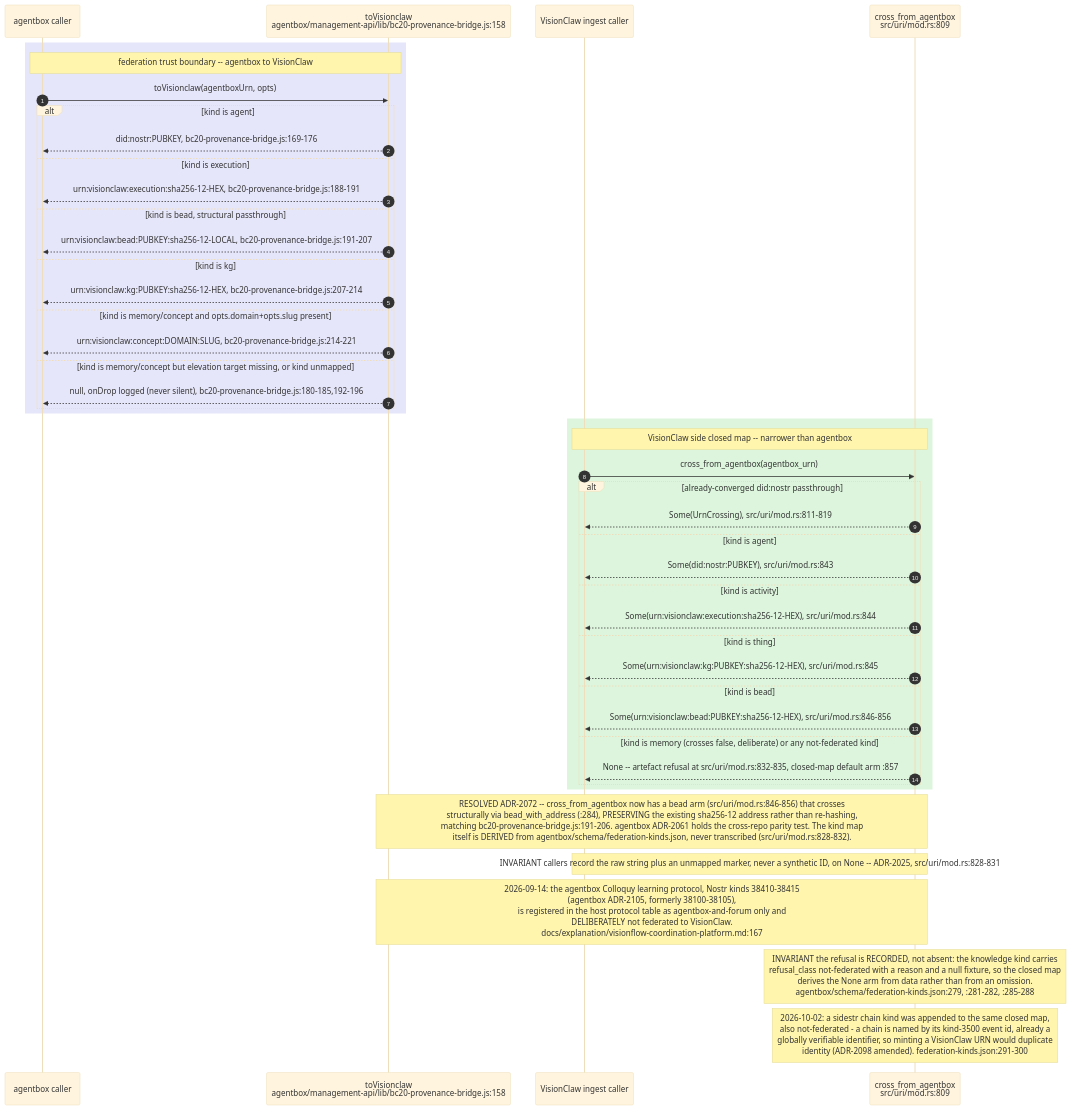
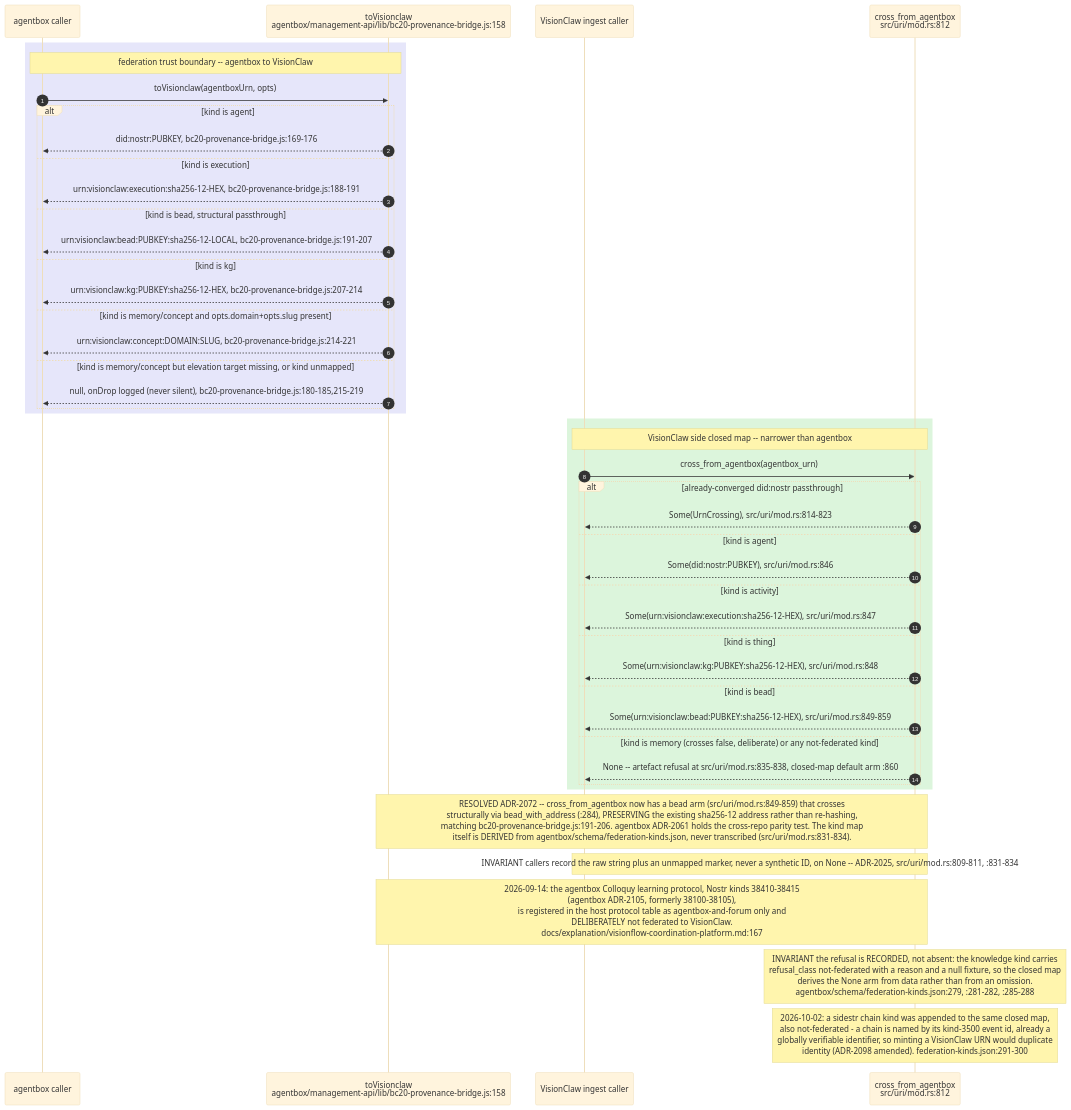
The sixth of 10 diagrams in docs/diagrams/visionclaw/23-identifiers-urn-did-sha12.md (DreamLab-AI/VisionFlow), drawn with Mermaid (base theme) before and after one commit. The commit also changed other lines of this file and 173 other files, not shown here.

````diff
--- a/docs/diagrams/visionclaw/23-identifiers-urn-did-sha12.md
+++ b/docs/diagrams/visionclaw/23-identifiers-urn-did-sha12.md
@@ -231,47 +232,47 @@
 ```mermaid
 sequenceDiagram
     autonumber
     participant CallerAB as agentbox caller
     participant JS as toVisionclaw<br/>agentbox/management-api/lib/bc20-provenance-bridge.js:158
     participant CallerVC as VisionClaw ingest caller
-    participant RS as cross_from_agentbox<br/>src/uri/mod.rs:809
+    participant RS as cross_from_agentbox<br/>src/uri/mod.rs:812
     rect rgb(230,230,250)
     Note over CallerAB,JS: federation trust boundary -- agentbox to VisionClaw
     CallerAB->>JS: toVisionclaw(agentboxUrn, opts)
     alt kind is agent
         JS-->>CallerAB: did:nostr:PUBKEY, bc20-provenance-bridge.js:169-176
     else kind is execution
         JS-->>CallerAB: urn:visionclaw:execution:sha256-12-HEX, bc20-provenance-bridge.js:188-191
     else kind is bead, structural passthrough
         JS-->>CallerAB: urn:visionclaw:bead:PUBKEY:sha256-12-LOCAL, bc20-provenance-bridge.js:191-207
     else kind is kg
         JS-->>CallerAB: urn:visionclaw:kg:PUBKEY:sha256-12-HEX, bc20-provenance-bridge.js:207-214
     else kind is memory/concept and opts.domain+opts.slug present
         JS-->>CallerAB: urn:visionclaw:concept:DOMAIN:SLUG, bc20-provenance-bridge.js:214-221
     else kind is memory/concept but elevation target missing, or kind unmapped
-        JS-->>CallerAB: null, onDrop logged (never silent), bc20-provenance-bridge.js:180-185,192-196
+        JS-->>CallerAB: null, onDrop logged (never silent), bc20-provenance-bridge.js:180-185,215-219
     end
     end
     rect rgb(220,245,220)
     Note over CallerVC,RS: VisionClaw side closed map -- narrower than agentbox
     CallerVC->>RS: cross_from_agentbox(agentbox_urn)
     alt already-converged did:nostr passthrough
-        RS-->>CallerVC: Some(UrnCrossing), src/uri/mod.rs:811-819
+        RS-->>CallerVC: Some(UrnCrossing), src/uri/mod.rs:814-823
     else kind is agent
-        RS-->>CallerVC: Some(did:nostr:PUBKEY), src/uri/mod.rs:843
+        RS-->>CallerVC: Some(did:nostr:PUBKEY), src/uri/mod.rs:846
     else kind is activity
-        RS-->>CallerVC: Some(urn:visionclaw:execution:sha256-12-HEX), src/uri/mod.rs:844
+        RS-->>CallerVC: Some(urn:visionclaw:execution:sha256-12-HEX), src/uri/mod.rs:847
     else kind is thing
-        RS-->>CallerVC: Some(urn:visionclaw:kg:PUBKEY:sha256-12-HEX), src/uri/mod.rs:845
+        RS-->>CallerVC: Some(urn:visionclaw:kg:PUBKEY:sha256-12-HEX), src/uri/mod.rs:848
     else kind is bead
-        RS-->>CallerVC: Some(urn:visionclaw:bead:PUBKEY:sha256-12-HEX), src/uri/mod.rs:846-856
+        RS-->>CallerVC: Some(urn:visionclaw:bead:PUBKEY:sha256-12-HEX), src/uri/mod.rs:849-859
     else kind is memory (crosses false, deliberate) or any not-federated kind
-        RS-->>CallerVC: None -- artefact refusal at src/uri/mod.rs:832-835, closed-map default arm :857
+        RS-->>CallerVC: None -- artefact refusal at src/uri/mod.rs:835-838, closed-map default arm :860
     end
     end
-    Note over JS,RS: RESOLVED ADR-2072 -- cross_from_agentbox now has a bead arm (src/uri/mod.rs:846-856) that crosses<br/>structurally via bead_with_address (:284), PRESERVING the existing sha256-12 address rather than re-hashing,<br/>matching bc20-provenance-bridge.js:191-206. agentbox ADR-2061 holds the cross-repo parity test. The kind map<br/>itself is DERIVED from agentbox/schema/federation-kinds.json, never transcribed (src/uri/mod.rs:828-832).
-    Note over CallerVC,RS: INVARIANT callers record the raw string plus an unmapped marker, never a synthetic ID, on None -- ADR-2025, src/uri/mod.rs:828-831
+    Note over JS,RS: RESOLVED ADR-2072 -- cross_from_agentbox now has a bead arm (src/uri/mod.rs:849-859) that crosses<br/>structurally via bead_with_address (:284), PRESERVING the existing sha256-12 address rather than re-hashing,<br/>matching bc20-provenance-bridge.js:191-206. agentbox ADR-2061 holds the cross-repo parity test. The kind map<br/>itself is DERIVED from agentbox/schema/federation-kinds.json, never transcribed (src/uri/mod.rs:831-834).
+    Note over CallerVC,RS: INVARIANT callers record the raw string plus an unmapped marker, never a synthetic ID, on None -- ADR-2025, src/uri/mod.rs:809-811, :831-834
     Note over JS,RS: 2026-09-14: the agentbox Colloquy learning protocol, Nostr kinds 38410-38415<br/>(agentbox ADR-2105, formerly 38100-38105),<br/>is registered in the host protocol table as agentbox-and-forum only and<br/>DELIBERATELY not federated to VisionClaw.<br/>docs/explanation/visionflow-coordination-platform.md:167
     Note over RS: INVARIANT the refusal is RECORDED, not absent: the knowledge kind carries<br/>refusal_class not-federated with a reason and a null fixture, so the closed map<br/>derives the None arm from data rather than from an omission.<br/>agentbox/schema/federation-kinds.json:279, :281-282, :285-288
     Note over RS: 2026-10-02: a sidestr chain kind was appended to the same closed map,<br/>also not-federated - a chain is named by its kind-3500 event id, already a<br/>globally verifiable identifier, so minting a VisionClaw URN would duplicate<br/>identity (ADR-2098 amended). federation-kinds.json:291-300
 ```
````
